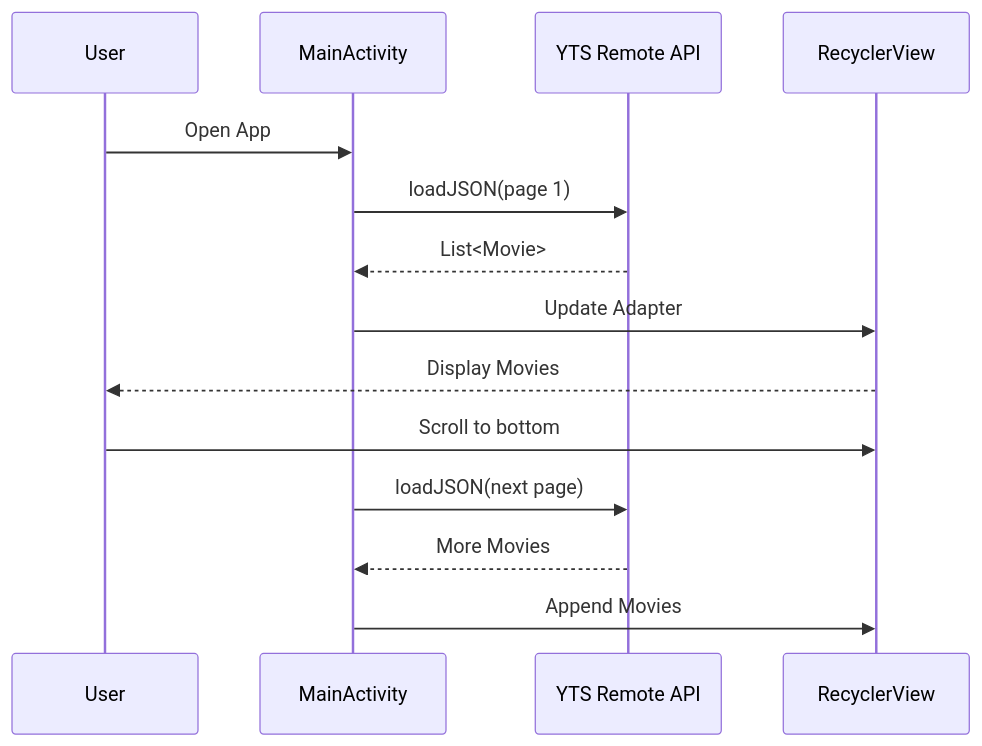
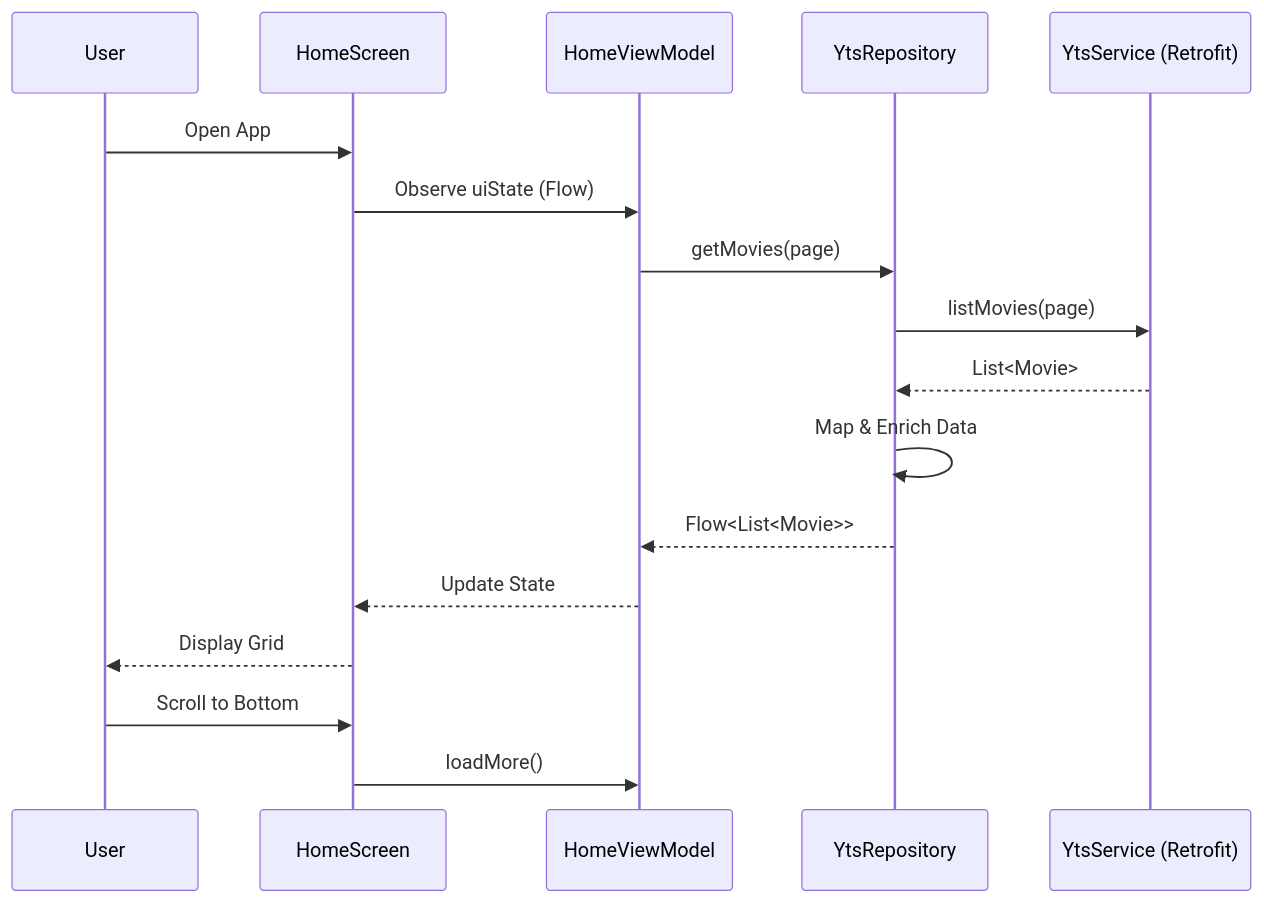
One commit to martinrevert/LaTorrentola changed the second of 4 diagrams in README.md. Above: the diagram before and after it, drawn with Mermaid. The commit also changed other lines of this file and 1 other file, not shown here.

````diff
--- a/README.md
+++ b/README.md
@@ -82,17 +77,20 @@
 ```mermaid
 sequenceDiagram
-    participant User
-    participant MainActivity
-    participant YTS_API as YTS Remote API
-    participant RecyclerView
+    participant U as User
+    participant HS as HomeScreen
+    participant VM as HomeViewModel
+    participant R as YtsRepository
+    participant N as YtsService (Retrofit)
 
-    User->>MainActivity: Open App
-    MainActivity->>YTS_API: loadJSON(page 1)
-    YTS_API-->>MainActivity: List<Movie>
-    MainActivity->>RecyclerView: Update Adapter
-    RecyclerView-->>User: Display Movies
-    User->>RecyclerView: Scroll to bottom
-    MainActivity->>YTS_API: loadJSON(next page)
-    YTS_API-->>MainActivity: More Movies
-    MainActivity->>RecyclerView: Append Movies
+    U->>HS: Open App
+    HS->>VM: Observe uiState (Flow)
+    VM->>R: getMovies(page)
+    R->>N: listMovies(page)
+    N-->>R: List<Movie>
+    R->>R: Map & Enrich Data
+    R-->>VM: Flow<List<Movie>>
+    VM-->>HS: Update State
+    HS-->>U: Display Grid
+    U->>HS: Scroll to Bottom
+    HS->>VM: loadMore()
 ```
````
